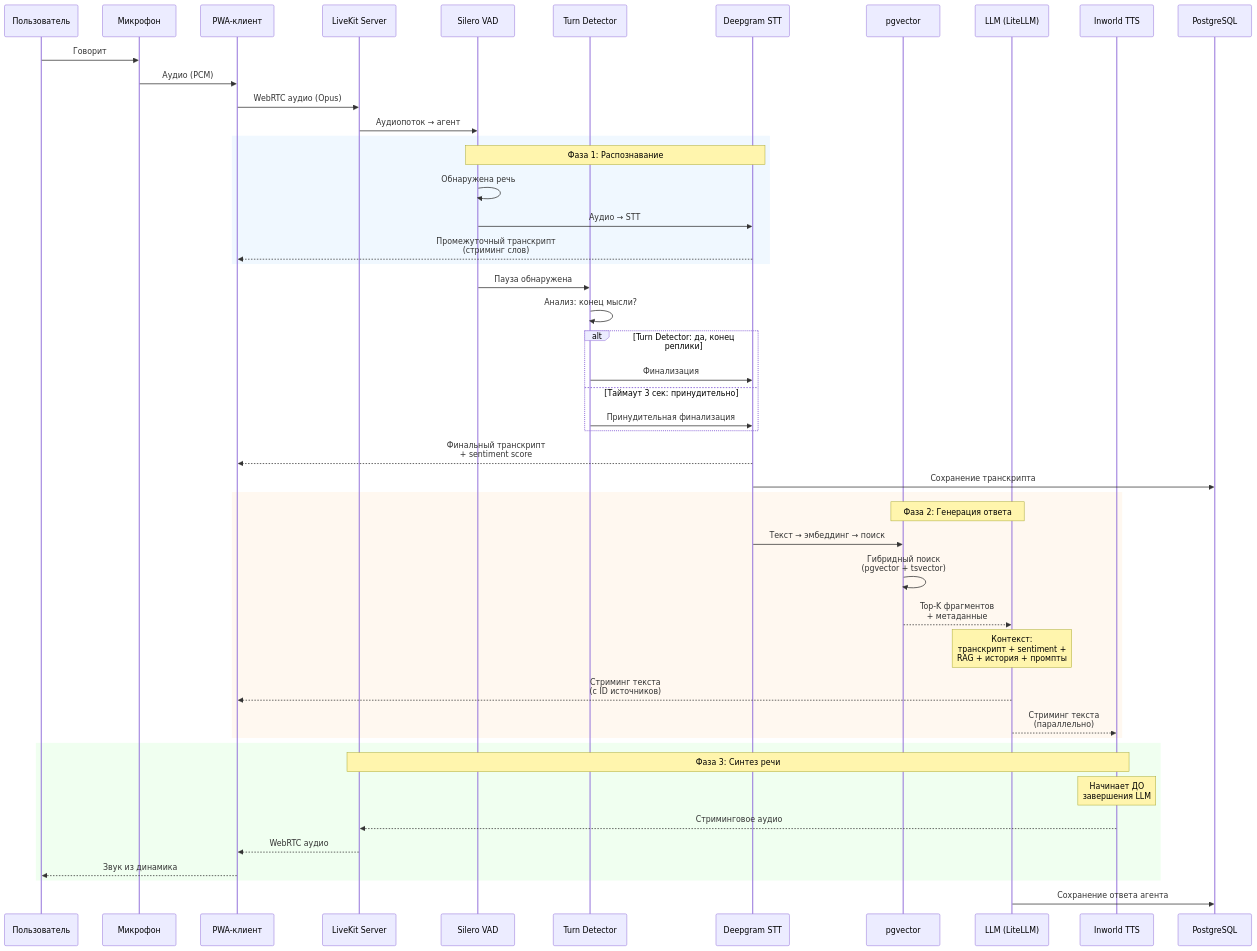
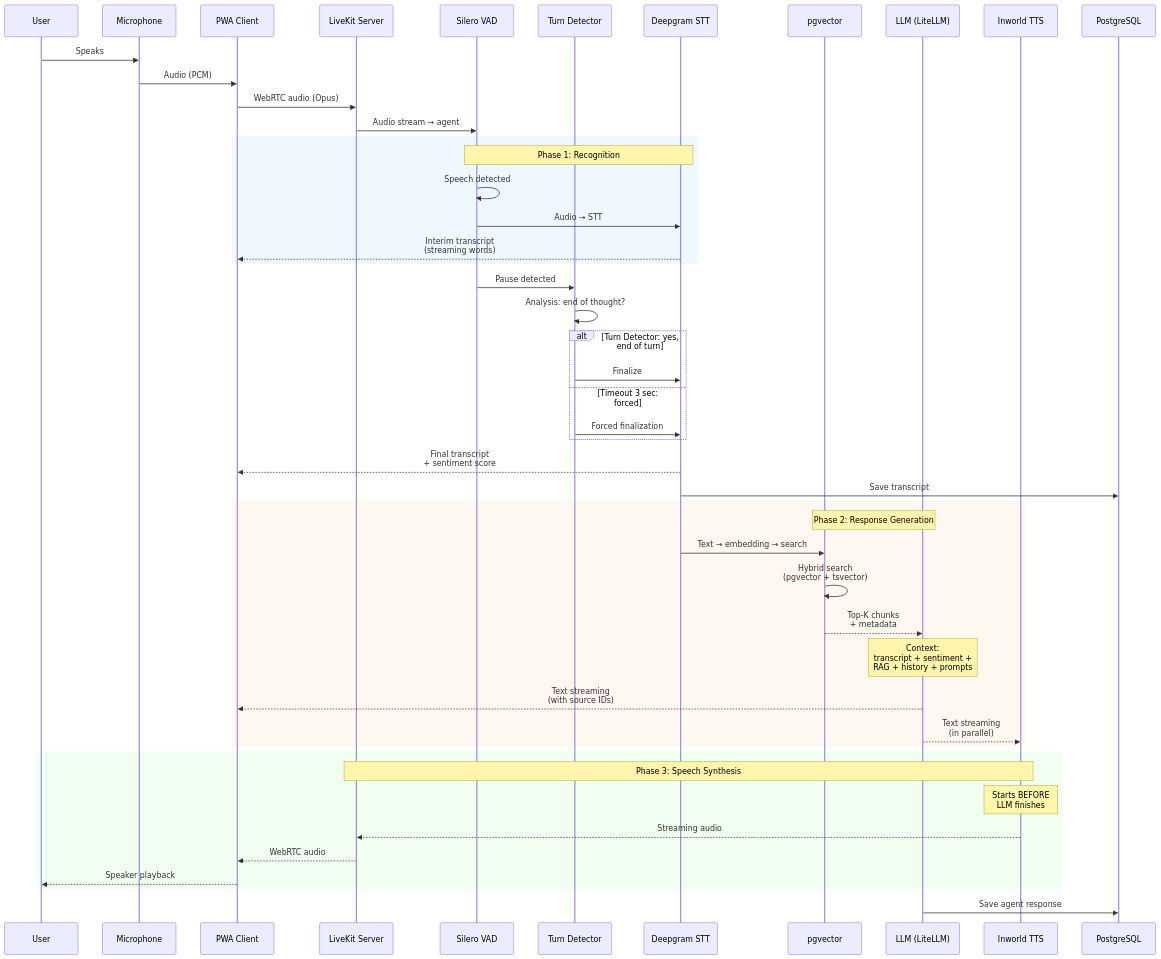
Before and after one commit to itechmeat/twype-voice: the eighth of 25 diagrams in docs/architecture.md, drawn with Mermaid. The commit also changed other lines of this file and 30 other files, not shown here.

````diff
--- a/docs/architecture.md
+++ b/docs/architecture.md
@@ -355,59 +355,59 @@
 ```mermaid
 sequenceDiagram
-    participant U as Пользователь
-    participant MIC as Микрофон
-    participant PWA as PWA-клиент
+    participant U as User
+    participant MIC as Microphone
+    participant PWA as PWA Client
     participant LK as LiveKit Server
     participant VAD as Silero VAD
     participant TD as Turn Detector
     participant STT as Deepgram STT
     participant RAG as pgvector
     participant LLM as LLM (LiteLLM)
     participant TTS as Inworld TTS
     participant DB as PostgreSQL
 
-    U->>MIC: Говорит
-    MIC->>PWA: Аудио (PCM)
-    PWA->>LK: WebRTC аудио (Opus)
-    LK->>VAD: Аудиопоток → агент
+    U->>MIC: Speaks
+    MIC->>PWA: Audio (PCM)
+    PWA->>LK: WebRTC audio (Opus)
+    LK->>VAD: Audio stream → agent
 
     rect rgb(240, 248, 255)
-        Note over VAD,STT: Фаза 1: Распознавание
-        VAD->>VAD: Обнаружена речь
-        VAD->>STT: Аудио → STT
-        STT-->>PWA: Промежуточный транскрипт<br/>(стриминг слов)
+        Note over VAD,STT: Phase 1: Recognition
+        VAD->>VAD: Speech detected
+        VAD->>STT: Audio → STT
+        STT-->>PWA: Interim transcript<br/>(streaming words)
     end
 
-    VAD->>TD: Пауза обнаружена
-    TD->>TD: Анализ: конец мысли?
+    VAD->>TD: Pause detected
+    TD->>TD: Analysis: end of thought?
 
-    alt Turn Detector: да, конец реплики
-        TD->>STT: Финализация
-    else Таймаут 3 сек: принудительно
-        TD->>STT: Принудительная финализация
+    alt Turn Detector: yes, end of turn
+        TD->>STT: Finalize
+    else Timeout 3 sec: forced
+        TD->>STT: Forced finalization
     end
 
-    STT-->>PWA: Финальный транскрипт<br/>+ sentiment score
-    STT->>DB: Сохранение транскрипта
+    STT-->>PWA: Final transcript<br/>+ sentiment score
+    STT->>DB: Save transcript
 
     rect rgb(255, 248, 240)
-        Note over RAG,LLM: Фаза 2: Генерация ответа
-        STT->>RAG: Текст → эмбеддинг → поиск
-        RAG->>RAG: Гибридный поиск<br/>(pgvector + tsvector)
-        RAG-->>LLM: Top-K фрагментов<br/>+ метаданные
+        Note over RAG,LLM: Phase 2: Response Generation
+        STT->>RAG: Text → embedding → search
+        RAG->>RAG: Hybrid search<br/>(pgvector + tsvector)
+        RAG-->>LLM: Top-K chunks<br/>+ metadata
 
-        Note over LLM: Контекст:<br/>транскрипт + sentiment +<br/>RAG + история + промпты
-        LLM-->>PWA: Стриминг текста<br/>(с ID источников)
-        LLM-->>TTS: Стриминг текста<br/>(параллельно)
+        Note over LLM: Context:<br/>transcript + sentiment +<br/>RAG + history + prompts
+        LLM-->>PWA: Text streaming<br/>(with source IDs)
+        LLM-->>TTS: Text streaming<br/>(in parallel)
     end
 
     rect rgb(240, 255, 240)
-        Note over TTS,LK: Фаза 3: Синтез речи
-        Note over TTS: Начинает ДО<br/>завершения LLM
-        TTS-->>LK: Стриминговое аудио
-        LK-->>PWA: WebRTC аудио
-        PWA-->>U: Звук из динамика
+        Note over TTS,LK: Phase 3: Speech Synthesis
+        Note over TTS: Starts BEFORE<br/>LLM finishes
+        TTS-->>LK: Streaming audio
+        LK-->>PWA: WebRTC audio
+        PWA-->>U: Speaker playback
     end
 
-    LLM->>DB: Сохранение ответа агента
+    LLM->>DB: Save agent response
 ```
````
